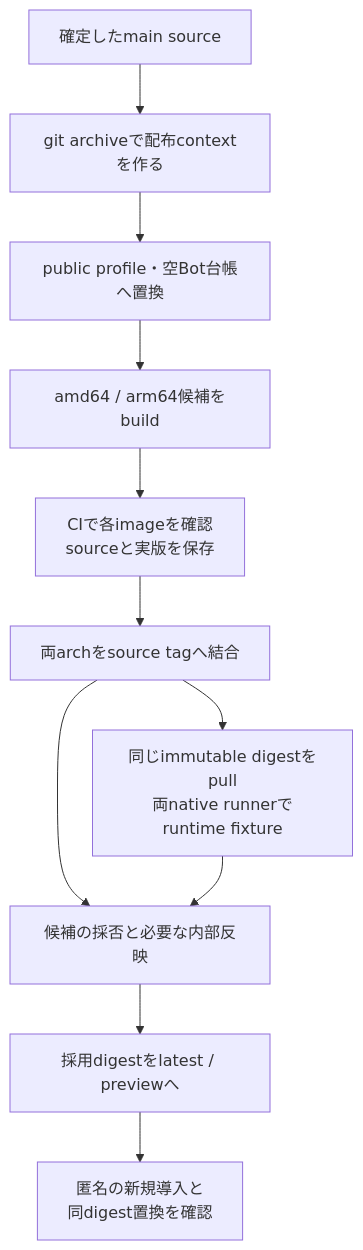
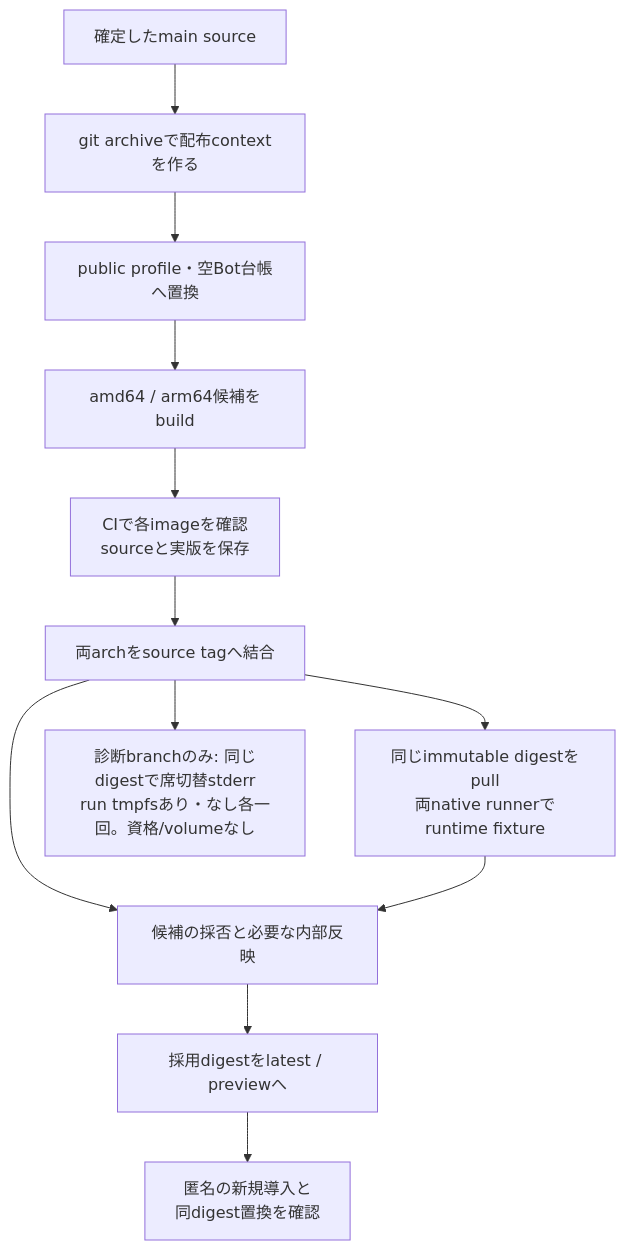
One commit to kitepon/BellTeam changed the diagram in docs/architecture/distribution-details.md. Above: the diagram before and after it, drawn with Mermaid. The commit also changed other lines of this file and 1 other file, not shown here.

Commit message:
Diagnose immutable H1 seat stderr with and without run tmpfs

````diff
--- a/docs/architecture/distribution-details.md
+++ b/docs/architecture/distribution-details.md
@@ -7,13 +7,14 @@
 ```mermaid
 flowchart TD
   Source["確定したmain source"] --> Package["git archiveで配布contextを作る"]
   Package --> Public["public profile・空Bot台帳へ置換"]
   Public --> Build["amd64 / arm64候補をbuild"]
   Build --> Check["CIで各imageを確認<br/>sourceと実版を保存"]
   Check --> Index["両archをsource tagへ結合"]
   Index --> Accept["候補の採否と必要な内部反映"]
   Index --> Runtime["同じimmutable digestをpull<br/>両native runnerでruntime fixture"]
   Runtime --> Accept
+  Index --> Diagnostic["診断branchのみ: 同じdigestで席切替stderr<br/>run tmpfsあり・なし各一回。資格/volumeなし"]
   Accept --> Promote["採用digestをlatest / previewへ"]
   Promote --> Verify["匿名の新規導入と<br/>同digest置換を確認"]
 ```
````
